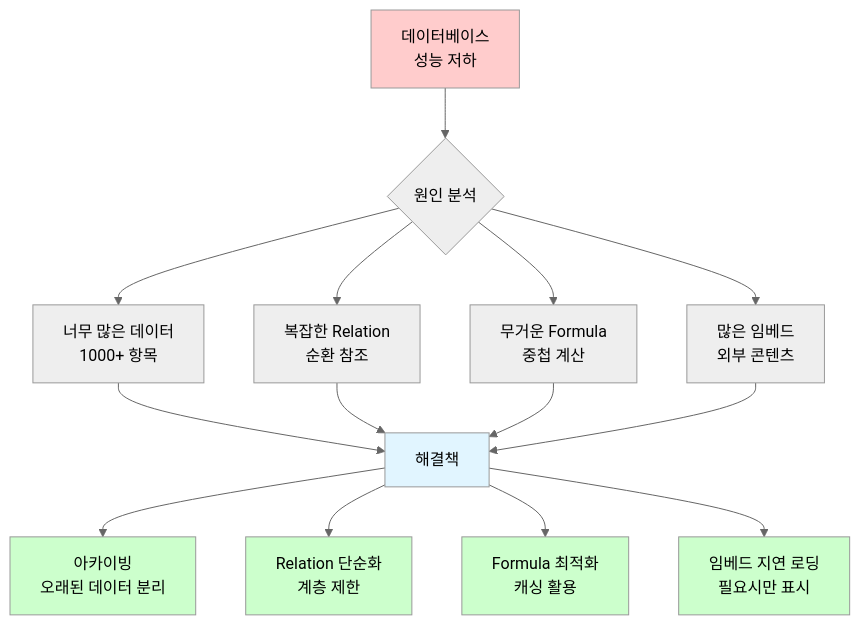
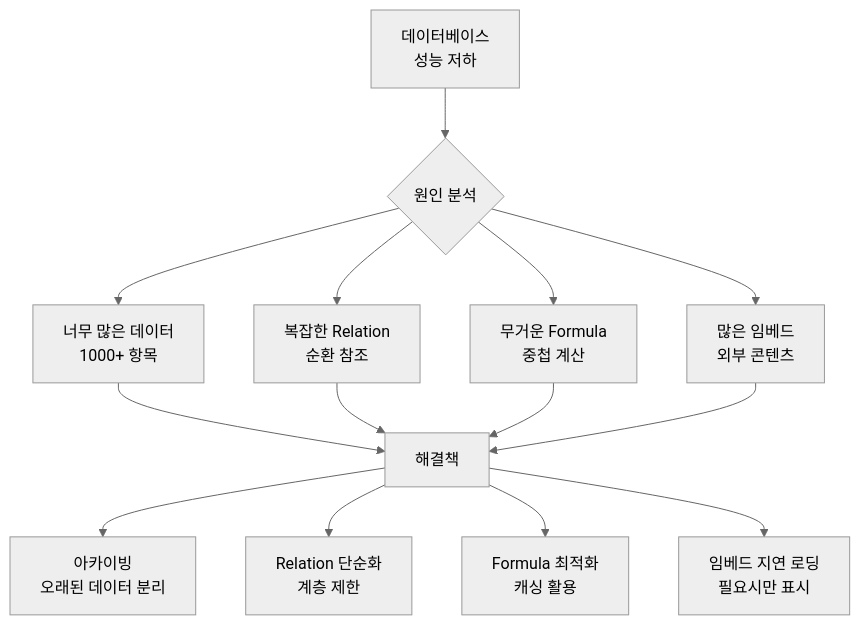
One commit to nugurejeil/weniVooks changed the ninth of 10 diagrams in _md/genai-notion/chapter09/09-3.md. Above: the diagram before and after it, drawn with Mermaid (neutral theme). The commit also changed other lines of this file and 187 other files, not shown here.

````diff
--- a/_md/genai-notion/chapter09/09-3.md
+++ b/_md/genai-notion/chapter09/09-3.md
@@ -697,26 +675,19 @@
 ```mermaid
 graph TB
     A[데이터베이스<br/>성능 저하] --> B{원인 분석}
 
     B --> C[너무 많은 데이터<br/>1000+ 항목]
     B --> D[복잡한 Relation<br/>순환 참조]
     B --> E[무거운 Formula<br/>중첩 계산]
     B --> F[많은 임베드<br/>외부 콘텐츠]
 
     C --> G[해결책]
     D --> G
     E --> G
     F --> G
 
     G --> G1[아카이빙<br/>오래된 데이터 분리]
     G --> G2[Relation 단순화<br/>계층 제한]
     G --> G3[Formula 최적화<br/>캐싱 활용]
     G --> G4[임베드 지연 로딩<br/>필요시만 표시]
-
-    style A fill:#ffcccc
-    style G fill:#e1f5ff
-    style G1 fill:#ccffcc
-    style G2 fill:#ccffcc
-    style G3 fill:#ccffcc
-    style G4 fill:#ccffcc
 ```
````
